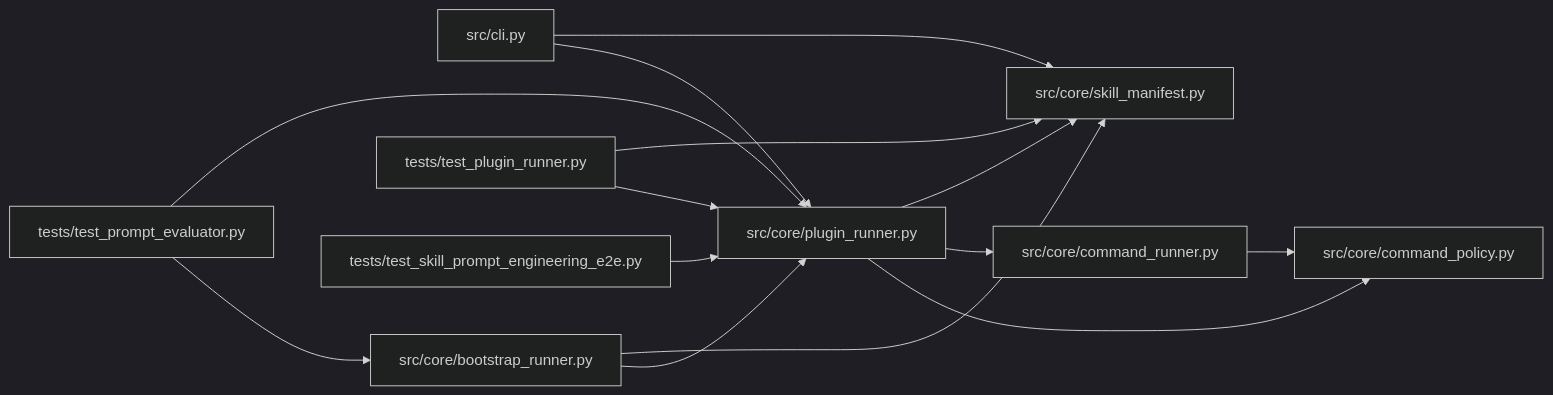
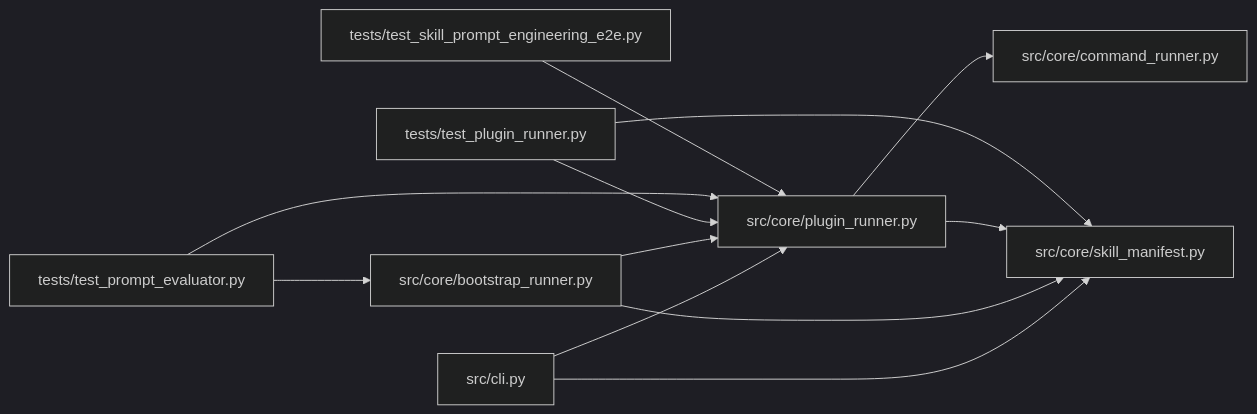
Before and after one commit to Denissvgn/autoresearch-agent: the diagram in docs/llm_wiki/modules/plugin_runner.md, drawn with Mermaid (dark theme). The commit also changed other lines of this file and 73 other files, not shown here.

````diff
--- a/docs/llm_wiki/modules/plugin_runner.md
+++ b/docs/llm_wiki/modules/plugin_runner.md
@@ -84,34 +84,30 @@
 ```mermaid
 flowchart LR
     n0["src/cli.py"]
     n1["src/core/bootstrap_runner.py"]
-    n2["src/core/command_policy.py"]
-    n3["src/core/command_runner.py"]
-    n4["src/core/plugin_runner.py"]
-    n5["src/core/skill_manifest.py"]
-    n6["tests/test_plugin_runner.py"]
-    n7["tests/test_prompt_evaluator.py"]
-    n8["tests/test_skill_prompt_engineering_e2e.py"]
+    n2["src/core/command_runner.py"]
+    n3["src/core/plugin_runner.py"]
+    n4["src/core/skill_manifest.py"]
+    n5["tests/test_plugin_runner.py"]
+    n6["tests/test_prompt_evaluator.py"]
+    n7["tests/test_skill_prompt_engineering_e2e.py"]
+    n0 --> n3
     n0 --> n4
-    n0 --> n5
+    n1 --> n3
     n1 --> n4
-    n1 --> n5
     n3 --> n2
-    n4 --> n2
-    n4 --> n3
-    n4 --> n5
-    n6 --> n4
-    n6 --> n5
-    n7 --> n1
-    n7 --> n4
-    n8 --> n4
+    n3 --> n4
+    n5 --> n3
+    n5 --> n4
+    n6 --> n1
+    n6 --> n3
+    n7 --> n3
     click n0 "../modules/cli.md"
     click n1 "../modules/bootstrap_runner.md"
-    click n2 "../modules/command_policy.md"
-    click n3 "../modules/command_runner.md"
-    click n4 "../modules/plugin_runner.md"
-    click n5 "../modules/skill_manifest.md"
-    click n6 "../modules/test_plugin_runner.md"
-    click n7 "../modules/test_prompt_evaluator.md"
-    click n8 "../modules/test_skill_prompt_engineering_e2e.md"
+    click n2 "../modules/command_runner.md"
+    click n3 "../modules/plugin_runner.md"
+    click n4 "../modules/skill_manifest.md"
+    click n5 "../modules/test_plugin_runner.md"
+    click n6 "../modules/test_prompt_evaluator.md"
+    click n7 "../modules/test_skill_prompt_engineering_e2e.md"
 ```
````
